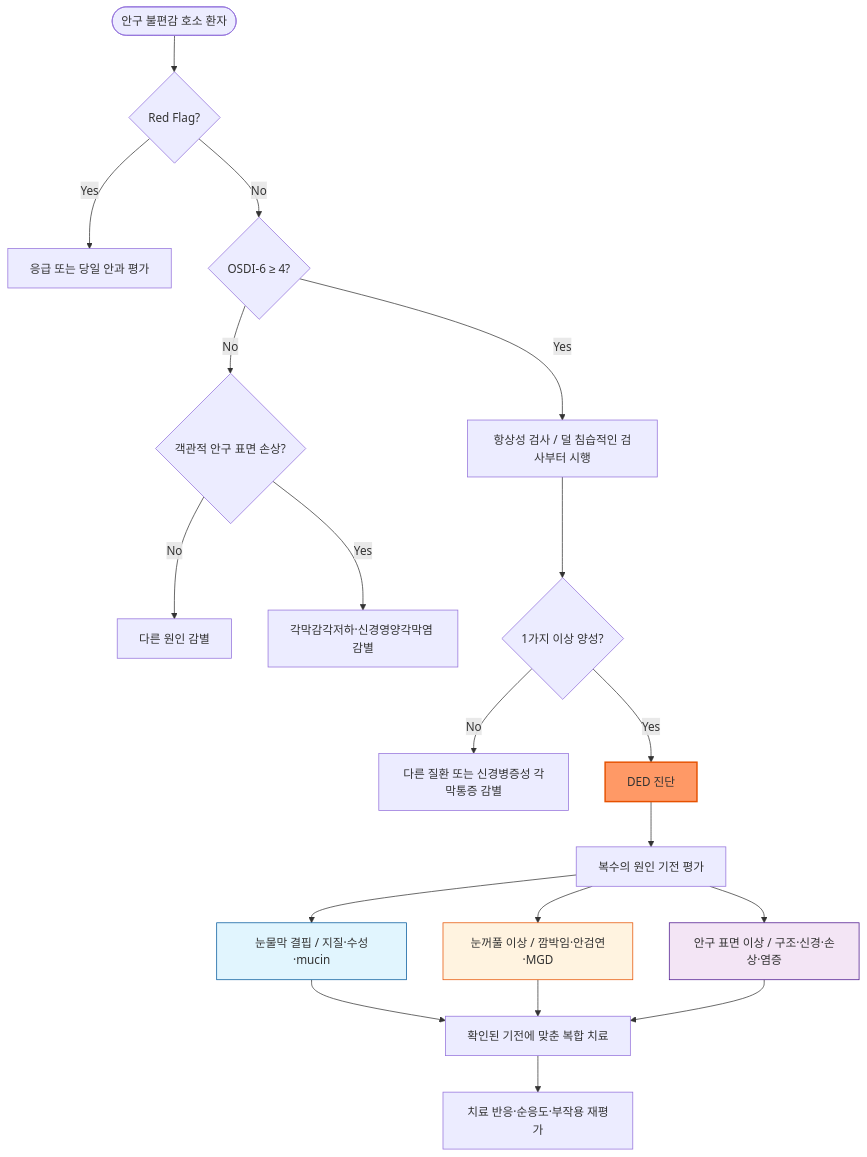
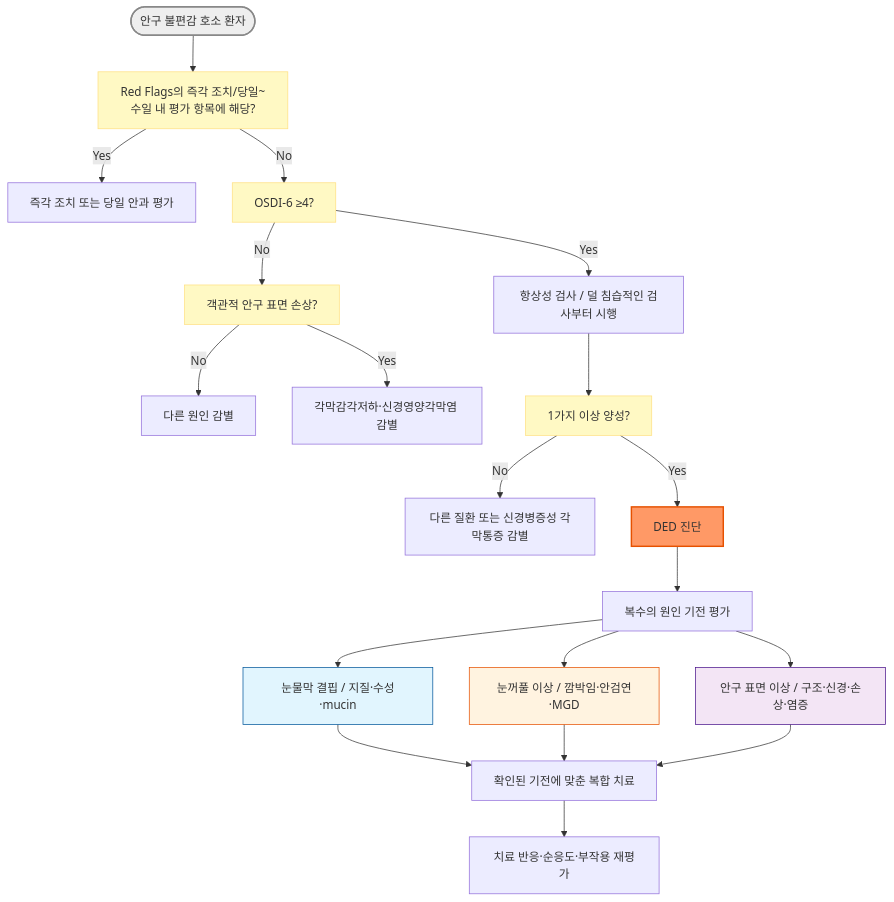
Before and after one commit to familyoh77/familyoh77: the diagram in 222_/042_-dry-eye.md, drawn with Mermaid. The commit also changed other lines of this file, not shown here.

````diff
--- a/222_/042_-dry-eye.md
+++ b/222_/042_-dry-eye.md
@@ -160,32 +166,37 @@
 ```mermaid
 graph TD
 
     Start(["안구 불편감 호소 환자"])
-    Start --> RedFlag{"Red Flag?"}
-    RedFlag -- Yes --> Urgent["응급 또는 당일 안과 평가"]
-    RedFlag -- No --> Screen{"OSDI-6 ≥ 4?"}
+    Start --> RedFlag["Red Flags의 즉각 조치/당일~수일 내 평가 항목에 해당?"]
+    RedFlag -- Yes --> Urgent["즉각 조치 또는 당일 안과 평가"]
+    RedFlag -- No --> Screen["OSDI-6 ≥4?"]
 
-    Screen -- No --> Signs{"객관적 안구 표면 손상?"}
+    Screen -- No --> Signs["객관적 안구 표면 손상?"]
     Signs -- No --> Other["다른 원인 감별"]
     Signs -- Yes --> Neurotrophic["각막감각저하·신경영양각막염 감별"]
 
     Screen -- Yes --> Homeo["항상성 검사 / 덜 침습적인 검사부터 시행"]
-    Homeo --> Positive{"1가지 이상 양성?"}
+    Homeo --> Positive["1가지 이상 양성?"]
     Positive -- No --> Pain["다른 질환 또는 신경병증성 각막통증 감별"]
     Positive -- Yes --> DED["DED 진단"]
 
     DED --> Drivers["복수의 원인 기전 평가"]
     Drivers --> Tear["눈물막 결핍 / 지질·수성·mucin"]
     Drivers --> Lid["눈꺼풀 이상 / 깜박임·안검연·MGD"]
     Drivers --> Surface["안구 표면 이상 / 구조·신경·손상·염증"]
 
     Tear --> Tx["확인된 기전에 맞춘 복합 치료"]
     Lid --> Tx
     Surface --> Tx
     Tx --> Follow["치료 반응·순응도·부작용 재평가"]
 
+    style Start fill:#eeeeee,stroke:#888888,stroke-width:2px
+    style RedFlag fill:#fff9c4,stroke:#ffe082
+    style Screen fill:#fff9c4,stroke:#ffe082
+    style Signs fill:#fff9c4,stroke:#ffe082
+    style Positive fill:#fff9c4,stroke:#ffe082
     style DED fill:#f96,stroke:#e65100,stroke-width:2px
     style Tear fill:#e1f5fe,stroke:#01579b
     style Lid fill:#fff3e0,stroke:#e65100
     style Surface fill:#f3e5f5,stroke:#4a148c
 ```
````
